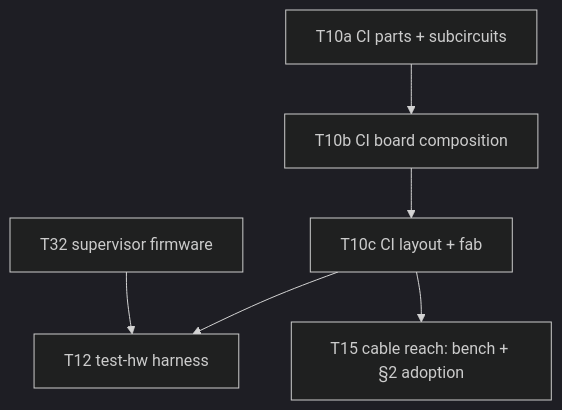
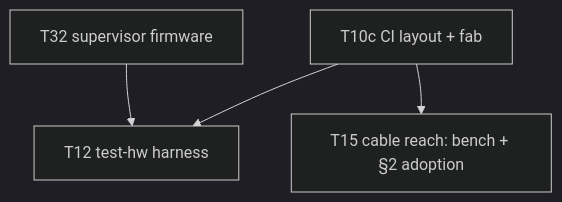
One commit to kristofferkoch/oparroy changed the diagram in KANBAN.md. Above: the diagram before and after it, drawn with Mermaid (dark theme). The commit also changed other lines of this file, not shown here.

First line of the commit message:
kanban: retire the CI capture cards, promote layout

````diff
--- a/KANBAN.md
+++ b/KANBAN.md
@@ -34,8 +34,6 @@
 ```mermaid
 graph TD
-    T10a[T10a CI parts + subcircuits] --> T10b[T10b CI board composition]
-    T10b --> T10c[T10c CI layout + fab]
-    T10c --> T12[T12 test-hw harness]
+    T10c[T10c CI layout + fab] --> T12[T12 test-hw harness]
     T10c --> T15[T15 cable reach: bench + §2 adoption]
     T32[T32 supervisor firmware] --> T12
 ```
````
